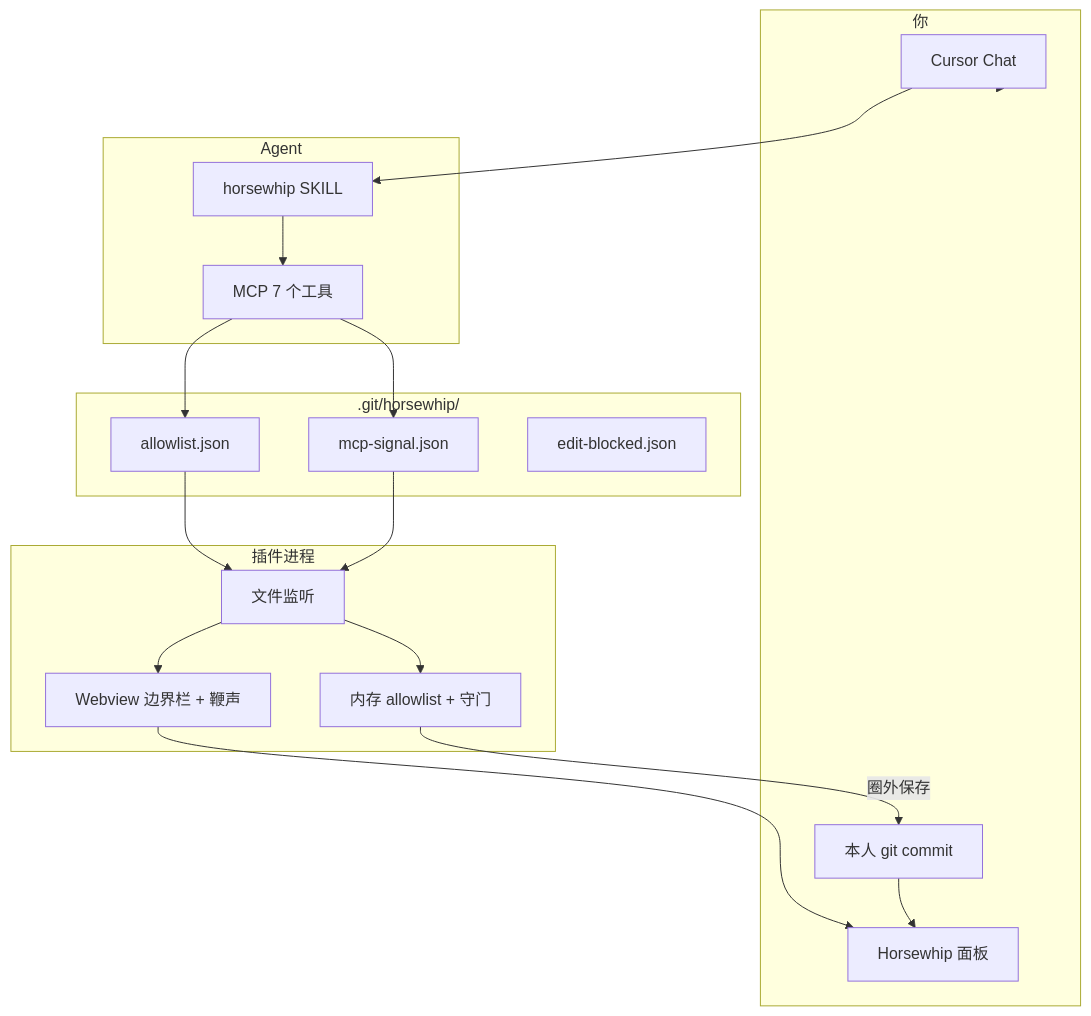
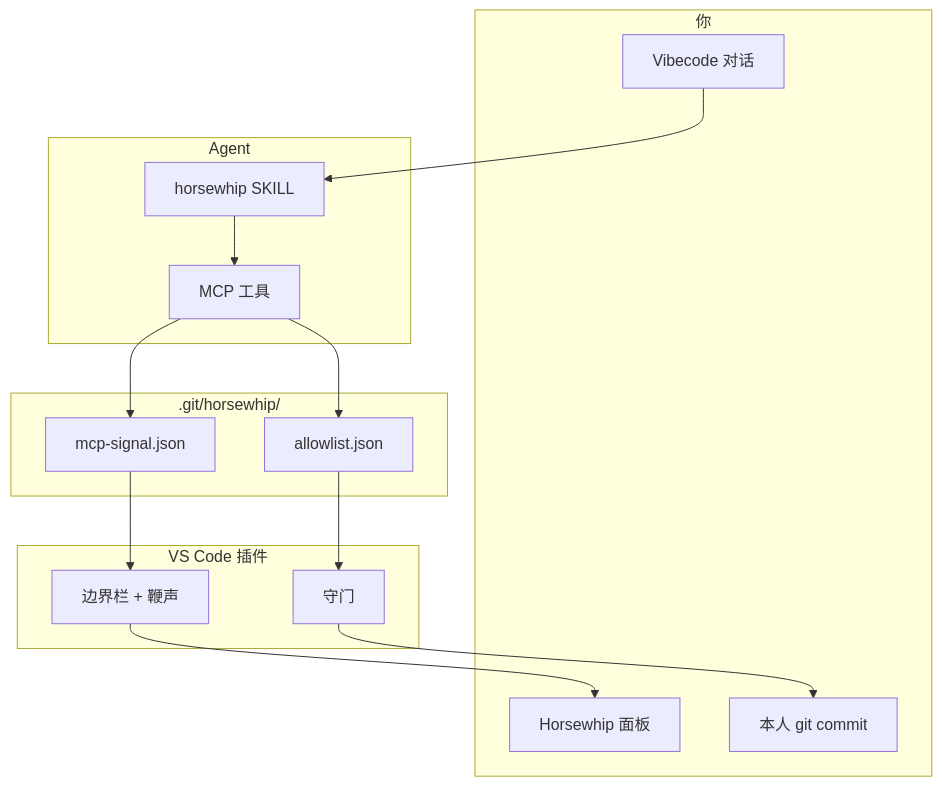
Before and after one commit to waitamomentC/horsewhip: the first of 2 diagrams in README.md, drawn with Mermaid. The commit also changed other lines of this file and 8 other files, not shown here.

````diff
--- a/README.md
+++ b/README.md
@@ -152,32 +65,27 @@
 ```mermaid
 flowchart TB
   subgraph you [你]
-    Chat[Cursor Chat]
+    VC[Vibecode 对话]
     Panel[Horsewhip 面板]
     Git[本人 git commit]
   end
   subgraph agent [Agent]
     Skill[horsewhip SKILL]
-    Tools[MCP 7 个工具]
+    Tools[MCP 工具]
   end
   subgraph disk [.git/horsewhip/]
     AL[allowlist.json]
     SIG[mcp-signal.json]
-    EB[edit-blocked.json]
   end
-  subgraph ext [插件进程]
-    Mem[内存 allowlist + 守门]
-    Watch[文件监听]
-    WV[Webview 边界栏 + 鞭声]
+  subgraph ext [VS Code 插件]
+    Mem[守门]
+    WV[边界栏 + 鞭声]
   end
 
-  Chat --> Skill --> Tools
-  Tools --> AL
+  VC --> Skill --> Tools --> AL
   Tools --> SIG
-  AL --> Watch --> Mem
-  SIG --> Watch --> WV
-  Mem -->|圈外保存| Git
+  AL --> Mem
+  SIG --> WV
   WV --> Panel
-  Chat --> you
-  Git --> Panel
+  Mem --> Git
 ```
````
